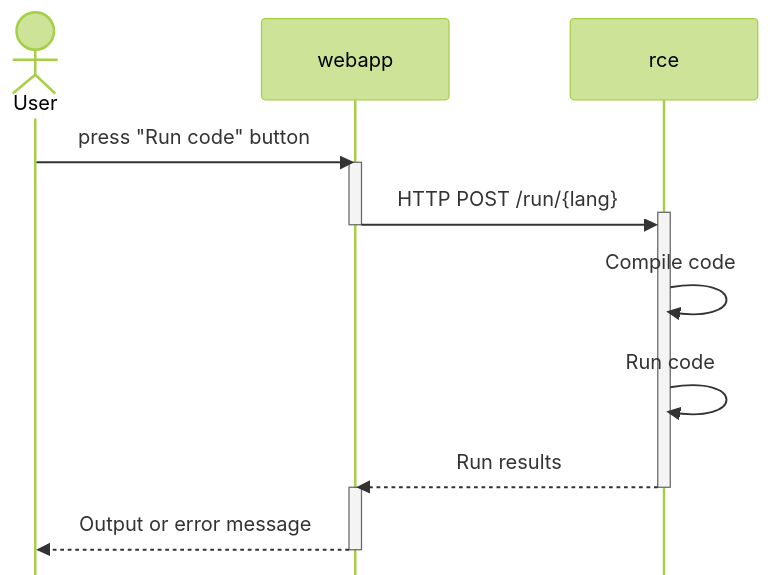
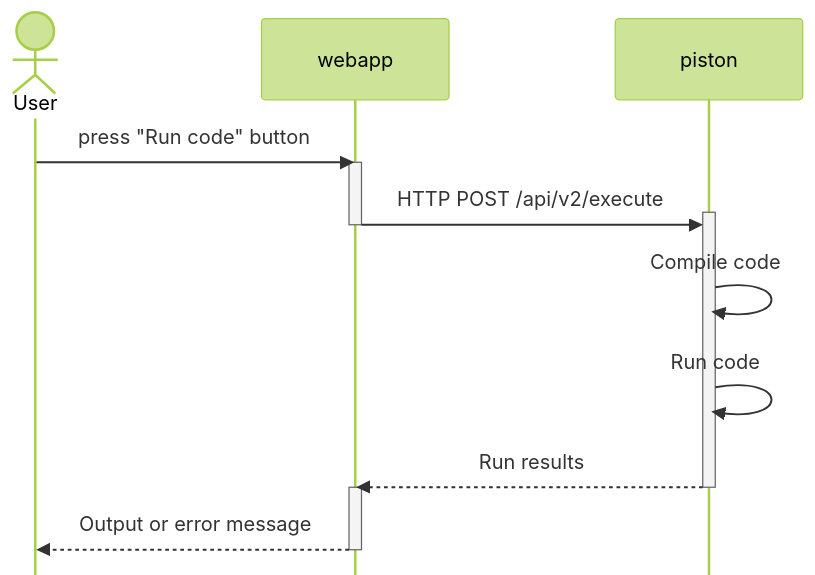
Before and after one commit to eddieantonio/oq: the diagram in README.md, drawn with Mermaid (forest theme). The commit also changed other lines of this file and 5 other files, not shown here.

Commit message:
docs: change RCE -> generic or Piston, where appropriate

````diff
--- a/README.md
+++ b/README.md
@@ -26,19 +26,19 @@
 ```mermaid
 %%{init: { 'sequence': {'mirrorActors': false} } }%%
 sequenceDiagram
   actor User
   participant webapp
-  participant rce
+  participant piston
 
   User ->> webapp: press "Run code" button
   activate webapp
-  webapp ->>+ rce: HTTP POST /run/{lang}
+  webapp ->>+ piston: HTTP POST /api/v2/execute
   deactivate webapp
-  rce ->> rce: Compile code
-  rce ->> rce: Run code
-  rce -->>- webapp: Run results
+  piston ->> piston: Compile code
+  piston ->> piston: Run code
+  piston -->>- webapp: Run results
   
   activate webapp
   webapp -->> User: Output or error message
   deactivate webapp
 ```
````
